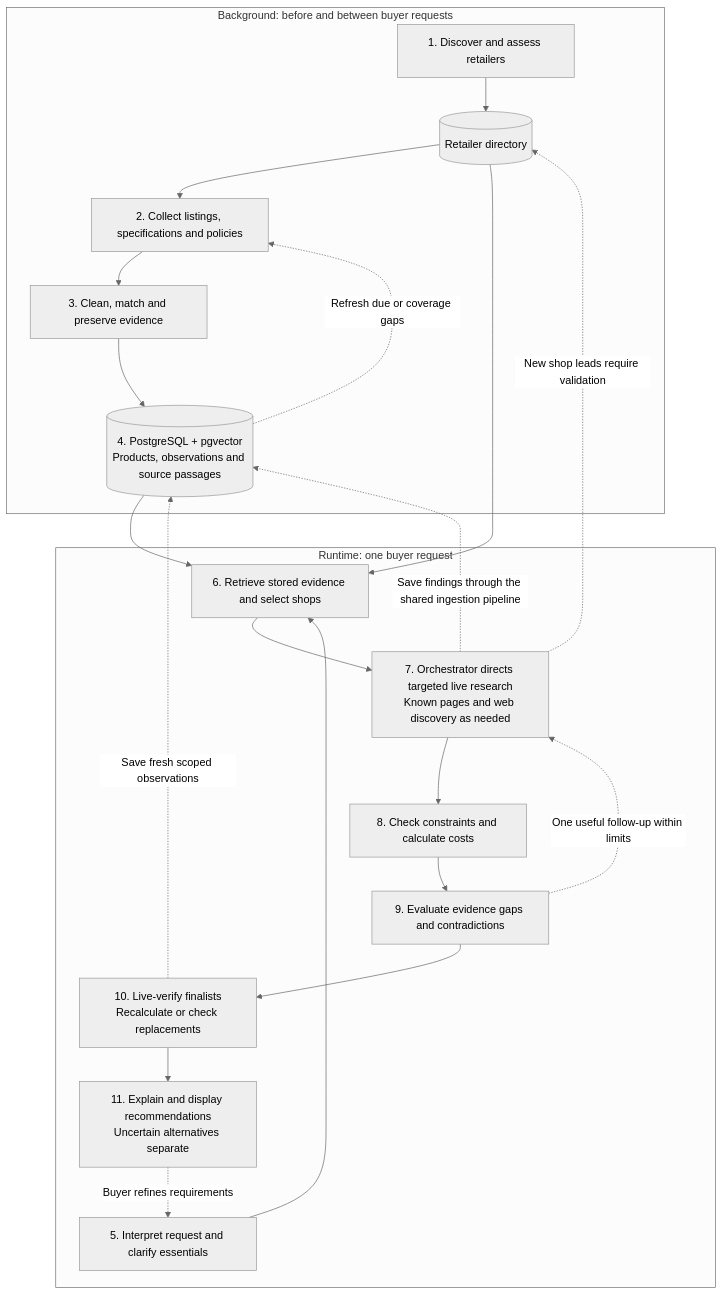
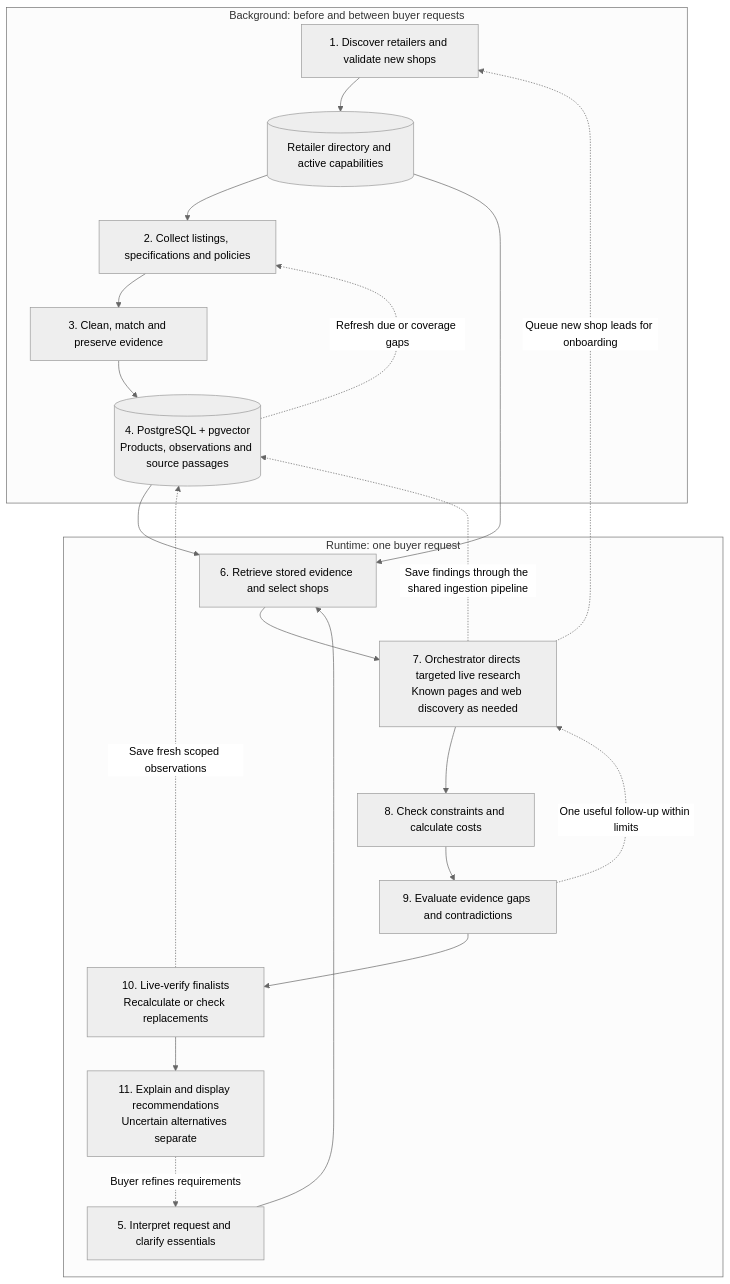
The first of 2 diagrams in docs/full-product-plan.md (han33-dotcom/TechScout), drawn with Mermaid (neutral theme) before and after one commit. The commit also changed other lines of this file and 1 other file, not shown here.

Commit message:
docs: plan automatic retailer onboarding

````diff
--- a/docs/full-product-plan.md
+++ b/docs/full-product-plan.md
@@ -82,25 +82,25 @@
 ```mermaid
 flowchart TB
     subgraph BG["Background: before and between buyer requests"]
-        A["1. Discover and assess retailers"] --> DIR[("Retailer directory")]
+        A["1. Discover retailers and validate new shops"] --> DIR[("Retailer directory and active capabilities")]
         DIR --> B["2. Collect listings, specifications and policies"]
         B --> C["3. Clean, match and preserve evidence"]
         C --> DB[("4. PostgreSQL + pgvector<br/>Products, observations and source passages")]
         DB -. "Refresh due or coverage gaps" .-> B
     end
     subgraph RT["Runtime: one buyer request"]
         D["5. Interpret request and clarify essentials"] --> E["6. Retrieve stored evidence and select shops"]
         E --> F["7. Orchestrator directs targeted live research<br/>Known pages and web discovery as needed"]
         F --> G["8. Check constraints and calculate costs"]
         G --> H["9. Evaluate evidence gaps and contradictions"]
         H -. "One useful follow-up within limits" .-> F
         H --> I["10. Live-verify finalists<br/>Recalculate or check replacements"]
         I --> J["11. Explain and display recommendations<br/>Uncertain alternatives separate"]
         J -. "Buyer refines requirements" .-> D
     end
     DIR --> E
     DB --> E
     F -. "Save findings through the shared ingestion pipeline" .-> DB
-    F -. "New shop leads require validation" .-> DIR
+    F -. "Queue new shop leads for onboarding" .-> A
     I -. "Save fresh scoped observations" .-> DB
 ```
````
